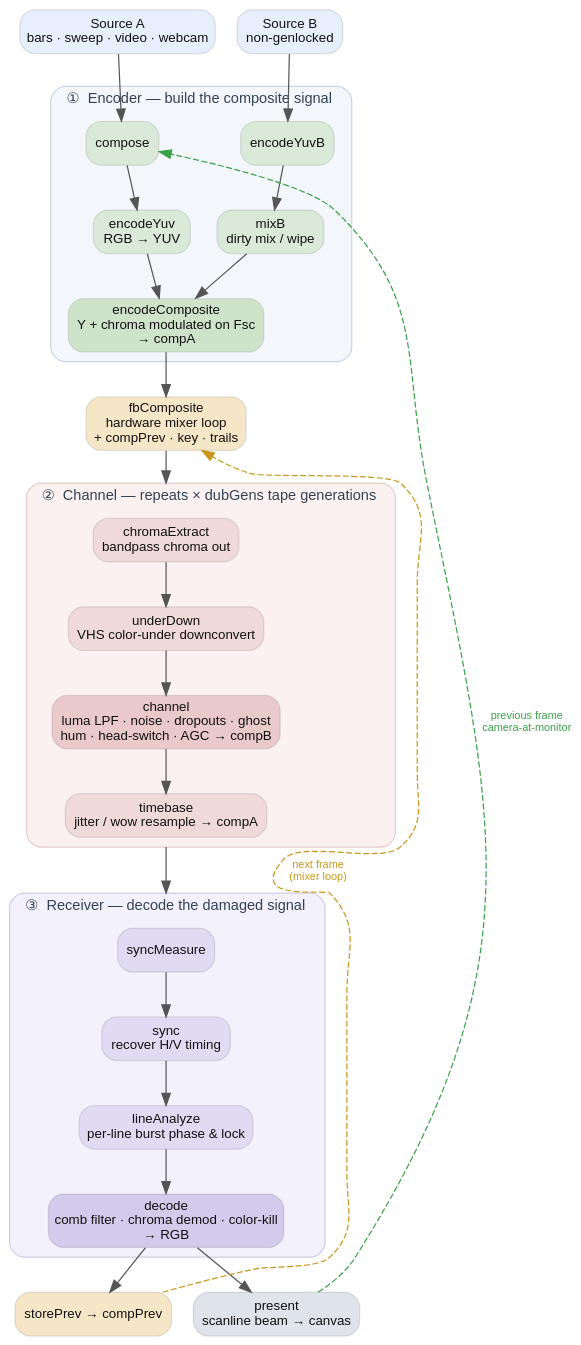
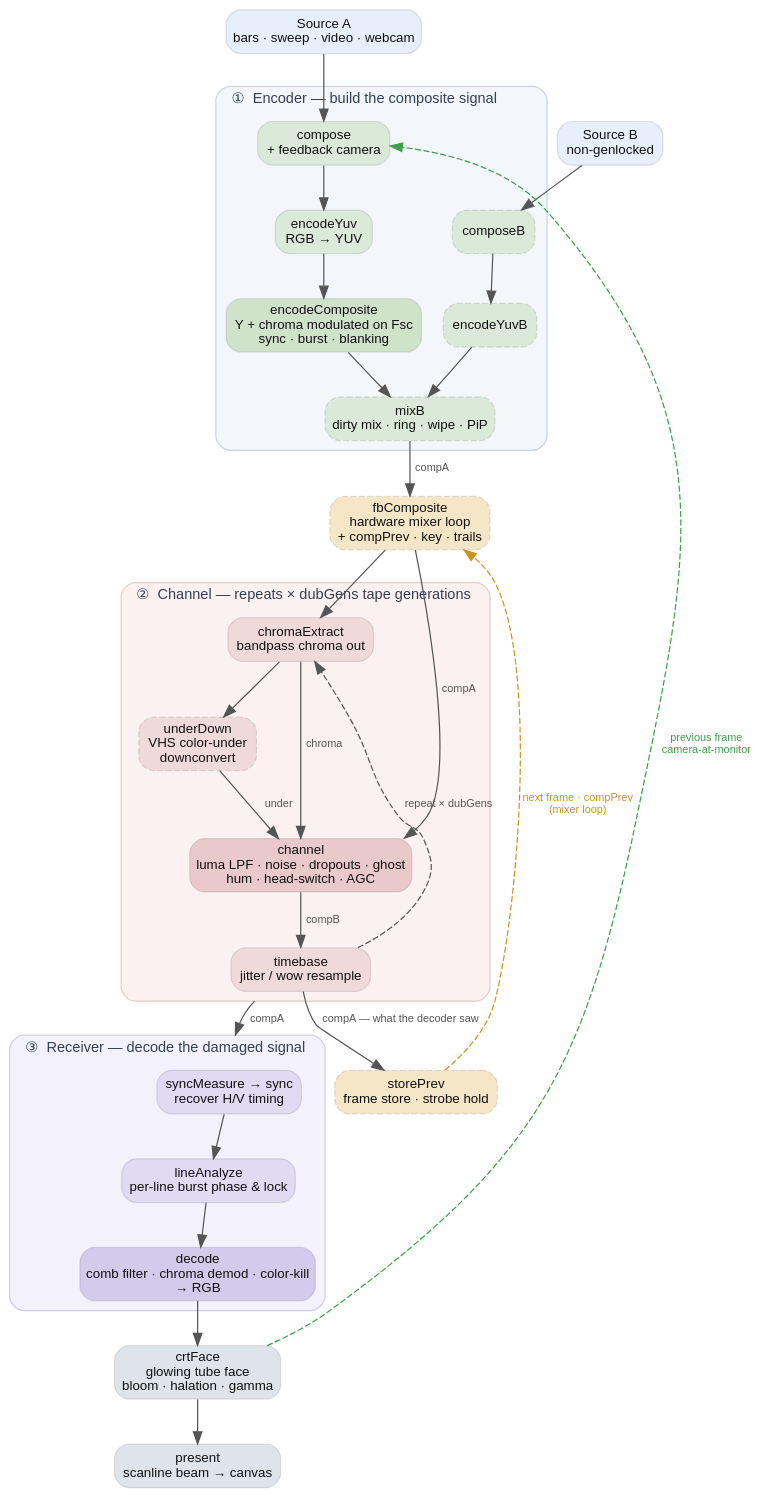
One commit to cmdcolin/ntsc.js changed the diagram in docs/pipeline.dot. Above: the diagram before and after it, drawn with Graphviz. The commit also changed 5 other files, not shown here.

First line of the commit message:
fix: Correct the signal-path diagrams against the actual pass graph

```diff
--- a/docs/pipeline.dot
+++ b/docs/pipeline.dot
@@ -1,71 +1,83 @@
-// ntscynthia signal path — mirrors the pass order in src/gpu/pipeline.ts
+// ntscythe signal path — mirrors the pass order in src/gpu/pipeline.ts
 // (prePasses -> loopPasses x dubGens -> postPasses -> present).
+// Dashed node borders mark passes that only run when their control is engaged.
 // Render: dot -Tsvg docs/pipeline.dot -o docs/pipeline.svg
-digraph ntscynthia {
+digraph ntscythe {
   rankdir=TB;
   bgcolor="transparent";
   compound=true;
   fontname="Helvetica,Arial,sans-serif";
   node [shape=box style="rounded,filled" fontname="Helvetica,Arial,sans-serif"
         fontsize=11 color="#33333322" fontcolor="#111111" penwidth=1];
   edge [fontname="Helvetica,Arial,sans-serif" fontsize=9 color="#555555" fontcolor="#555555"];
 
   // ---- sources -------------------------------------------------------------
   srcA [label="Source A\nbars · sweep · video · webcam" fillcolor="#e7eefc"];
   srcB [label="Source B\nnon-genlocked" fillcolor="#e7eefc"];
 
   // ---- encoder -------------------------------------------------------------
   subgraph cluster_enc {
     label="  ①  Encoder — build the composite signal  ";
     labeljust="l"; fontsize=12; fontcolor="#334155";
     style="rounded,filled"; fillcolor="#f3f6fb"; color="#c9d4e6";
-    compose      [label="compose" fillcolor="#dbe9d8"];
+    compose      [label="compose\n+ feedback camera" fillcolor="#dbe9d8"];
     encodeYuv    [label="encodeYuv\nRGB → YUV" fillcolor="#dbe9d8"];
-    encodeComp   [label="encodeComposite\nY + chroma modulated on Fsc\n→ compA" fillcolor="#cfe3cb"];
-    encodeYuvB   [label="encodeYuvB" fillcolor="#dbe9d8"];
-    mixB         [label="mixB\ndirty mix / wipe" fillcolor="#dbe9d8"];
+    encodeComp   [label="encodeComposite\nY + chroma modulated on Fsc\nsync · burst · blanking" fillcolor="#cfe3cb"];
+    composeB     [label="composeB" fillcolor="#dbe9d8" style="rounded,filled,dashed"];
+    encodeYuvB   [label="encodeYuvB" fillcolor="#dbe9d8" style="rounded,filled,dashed"];
+    mixB         [label="mixB\ndirty mix · ring · wipe · PiP" fillcolor="#dbe9d8" style="rounded,filled,dashed"];
   }
 
-  fbComposite  [label="fbComposite\nhardware mixer loop\n+ compPrev · key · trails" fillcolor="#f6e6c8"];
+  fbComposite  [label="fbComposite\nhardware mixer loop\n+ compPrev · key · trails" fillcolor="#f6e6c8" style="rounded,filled,dashed"];
 
   // ---- channel (repeats per dub generation) --------------------------------
   subgraph cluster_ch {
     label="  ②  Channel — repeats × dubGens tape generations  ";
     labeljust="l"; fontsize=12; fontcolor="#334155";
     style="rounded,filled"; fillcolor="#fbf1f1"; color="#e6cccc";
     chromaExtract [label="chromaExtract\nbandpass chroma out" fillcolor="#f0d9d9"];
-    underDown     [label="underDown\nVHS color-under downconvert" fillcolor="#f0d9d9"];
-    channel       [label="channel\nluma LPF · noise · dropouts · ghost\nhum · head-switch · AGC → compB" fillcolor="#e9c9c9"];
-    timebase      [label="timebase\njitter / wow resample → compA" fillcolor="#f0d9d9"];
+    underDown     [label="underDown\nVHS color-under\ndownconvert" fillcolor="#f0d9d9" style="rounded,filled,dashed"];
+    channel       [label="channel\nluma LPF · noise · dropouts · ghost\nhum · head-switch · AGC" fillcolor="#e9c9c9"];
+    timebase      [label="timebase\njitter / wow resample" fillcolor="#f0d9d9"];
   }
 
   // ---- receiver ------------------------------------------------------------
   subgraph cluster_rx {
     label="  ③  Receiver — decode the damaged signal  ";
     labeljust="l"; fontsize=12; fontcolor="#334155";
     style="rounded,filled"; fillcolor="#f3f1fb"; color="#d4ccE6";
-    syncMeasure [label="syncMeasure" fillcolor="#e0daf3"];
-    sync        [label="sync\nrecover H/V timing" fillcolor="#e0daf3"];
+    sync        [label="syncMeasure → sync\nrecover H/V timing" fillcolor="#e0daf3"];
     lineAnalyze [label="lineAnalyze\nper-line burst phase & lock" fillcolor="#e0daf3"];
     decode      [label="decode\ncomb filter · chroma demod · color-kill\n→ RGB" fillcolor="#d3cbeb"];
   }
 
-  storePrev [label="storePrev → compPrev" fillcolor="#f6e6c8"];
+  storePrev [label="storePrev\nframe store · strobe hold" fillcolor="#f6e6c8" style="rounded,filled,dashed"];
+  crtFace   [label="crtFace\nglowing tube face\nbloom · halation · gamma" fillcolor="#dfe3ea"];
   present   [label="present\nscanline beam → canvas" fillcolor="#dfe3ea"];
 
   // ---- signal flow ---------------------------------------------------------
   srcA -> compose;
   compose -> encodeYuv -> encodeComp;
-  srcB -> encodeYuvB -> mixB -> encodeComp;
-  encodeComp -> fbComposite;
-  fbComposite -> chromaExtract [lhead=cluster_ch];
-  chromaExtract -> underDown -> channel -> timebase;
-  timebase -> syncMeasure [ltail=cluster_ch lhead=cluster_rx];
-  syncMeasure -> sync -> lineAnalyze -> decode;
-  decode -> present;
-  decode -> storePrev;
+  srcB -> composeB -> encodeYuvB -> mixB;
+  encodeComp -> mixB;
+  mixB -> fbComposite [label="  compA"];
+
+  // compA feeds the channel directly; the chroma path is a side branch that
+  // rejoins it, it is not in line with the luma.
+  fbComposite -> channel [label="  compA"];
+  fbComposite -> chromaExtract;
+  chromaExtract -> underDown;
+  chromaExtract -> channel [label="  chroma"];
+  underDown -> channel [label="  under"];
+  channel -> timebase [label="  compB"];
+  timebase -> chromaExtract [label="  repeat × dubGens" style=dashed constraint=false];
+
+  timebase -> sync [label="  compA" ltail=cluster_ch lhead=cluster_rx];
+  sync -> lineAnalyze -> decode;
+  decode -> crtFace -> present;
+  timebase -> storePrev [label="  compA — what the decoder saw"];
 
   // ---- feedback loops ------------------------------------------------------
-  storePrev -> fbComposite [label="  next frame\n  (mixer loop)" style=dashed color="#c8961a" fontcolor="#c8961a" constraint=false];
-  present -> compose [label="  previous frame\n  camera-at-monitor" style=dashed color="#3aa049" fontcolor="#3aa049" constraint=false];
+  storePrev -> fbComposite [label="  next frame · compPrev\n  (mixer loop)" style=dashed color="#c8961a" fontcolor="#c8961a" constraint=false];
+  crtFace -> compose [label="  previous frame\n  camera-at-monitor" style=dashed color="#3aa049" fontcolor="#3aa049" constraint=false];
 }
```
